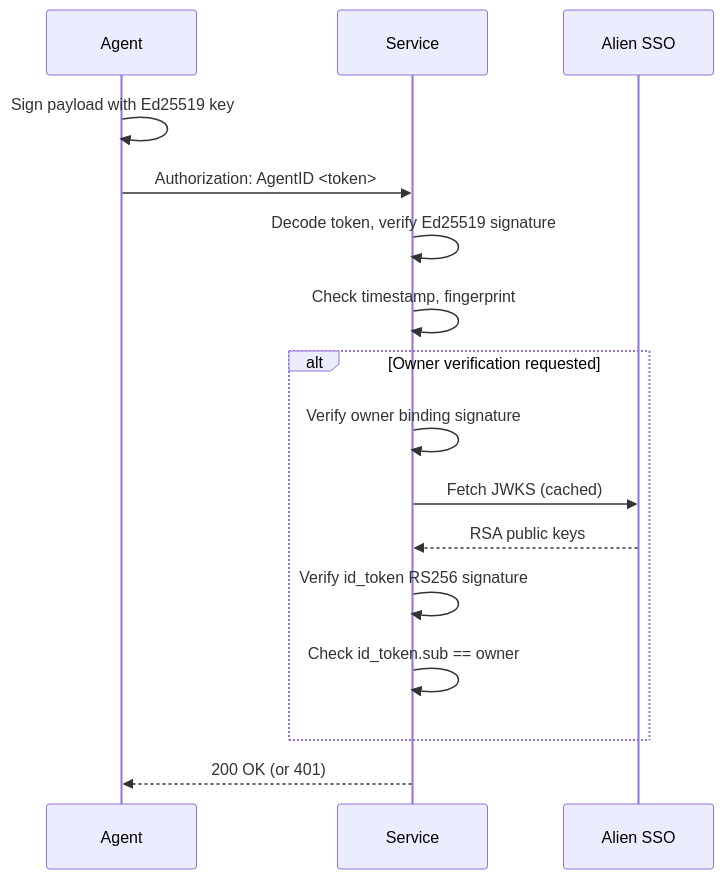
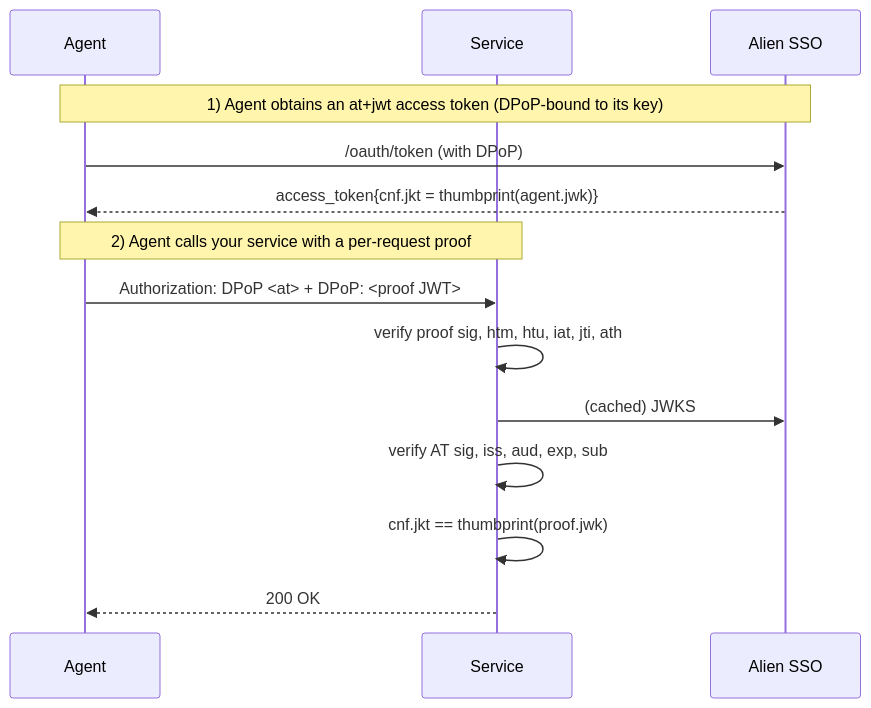
Before and after one commit to alien-id/sso-sdk-js: the diagram in packages/agent-id/README.md, drawn with Mermaid. The commit also changed other lines of this file and 18 other files, not shown here.

First line of the commit message:
feat(agent-id): RFC 9449 DPoP verifier + drop legacy AgentID envelope (#11)

````diff
--- a/packages/agent-id/README.md
+++ b/packages/agent-id/README.md
@@ -181,18 +236,18 @@
 ```mermaid
 sequenceDiagram
-    participant Agent
-    participant Service
-    participant SSO as Alien SSO
-    Agent->>Agent: Sign payload with Ed25519 key
-    Agent->>Service: Authorization: AgentID <token>
-    Service->>Service: Decode token, verify Ed25519 signature
-    Service->>Service: Check timestamp, fingerprint
-    alt Owner verification requested
-        Service->>Service: Verify owner binding signature
-        Service->>SSO: Fetch JWKS (cached)
-        SSO-->>Service: RSA public keys
-        Service->>Service: Verify id_token RS256 signature
-        Service->>Service: Check id_token.sub == owner
-    end
-    Service-->>Agent: 200 OK (or 401)
+  participant Agent
+  participant Service
+  participant SSO as Alien SSO
+
+  Note over Agent,SSO: 1) Agent obtains an at+jwt access token (DPoP-bound to its key)
+  Agent->>SSO: /oauth/token (with DPoP)
+  SSO-->>Agent: access_token{cnf.jkt = thumbprint(agent.jwk)}
+
+  Note over Agent,Service: 2) Agent calls your service with a per-request proof
+  Agent->>Service: Authorization: DPoP <at> + DPoP: <proof JWT>
+  Service->>Service: verify proof sig, htm, htu, iat, jti, ath
+  Service->>SSO: (cached) JWKS
+  Service->>Service: verify AT sig, iss, aud, exp, sub
+  Service->>Service: cnf.jkt == thumbprint(proof.jwk)
+  Service-->>Agent: 200 OK
 ```
````
